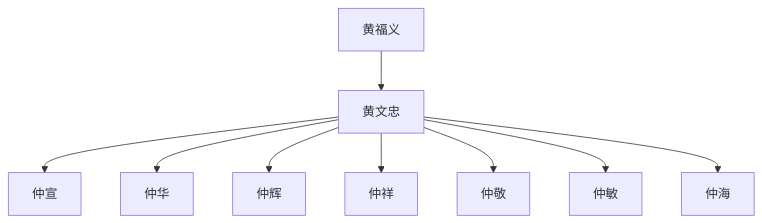
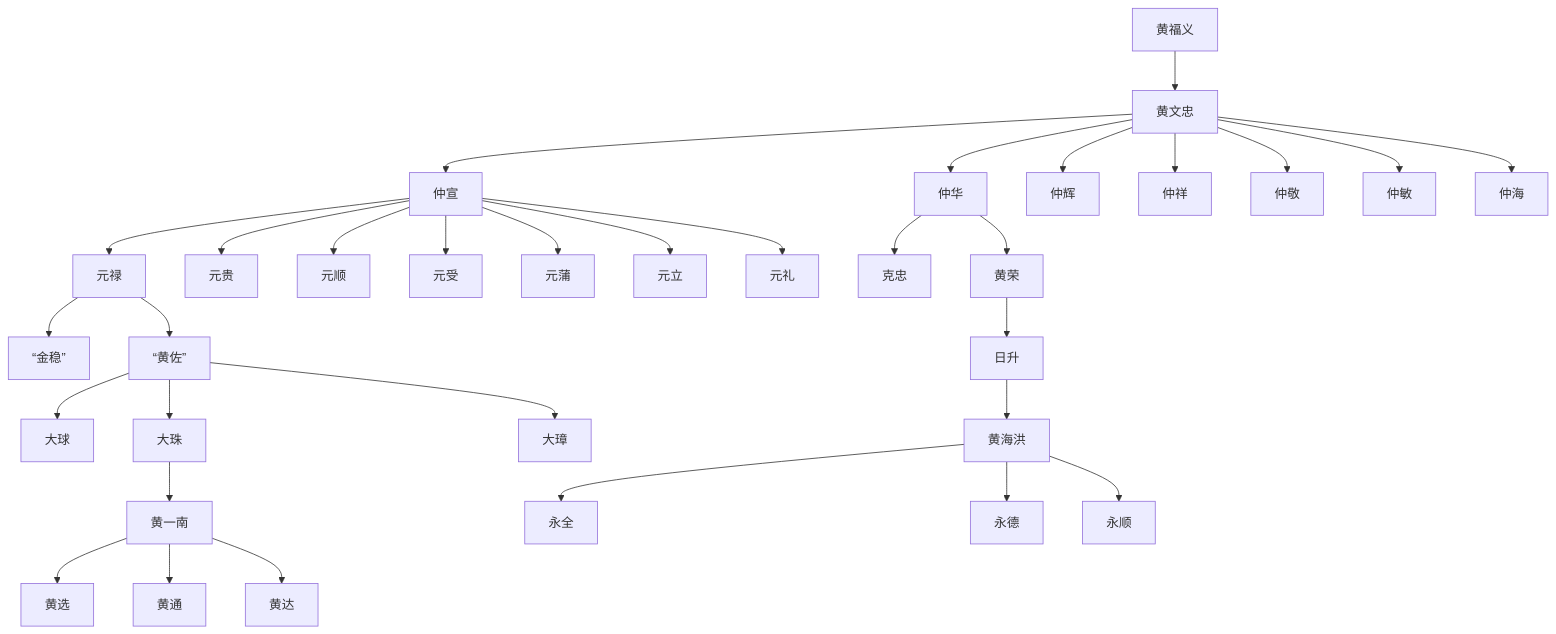
Before and after one commit to jeanim/jiapu: the diagram in contents/chapter2.md, drawn with Mermaid.

```diff
--- a/contents/chapter2.md
+++ b/contents/chapter2.md
@@ -5,11 +5,38 @@
 {% mermaid %}
 graph TB;
   huangfuyi["黄福义"]-->huangwenzhong["黄文忠"];
+  
   huangwenzhong["黄文忠"]-->zhongxuan["仲宣"];
+  zhongxuan["仲宣"]-->yuanlu["元禄"];
+  yuanlu["元禄"]-->jingwen[“金稳”];
+  yuanlu["元禄"]-->huangzuo[“黄佐”];
+  huangzuo[“黄佐”]-->daqiu["大球"];
+  huangzuo[“黄佐”]-->dazhu["大珠"];
+  dazhu["大珠"]-->huangyinan["黄一南"];
+  huangyinan["黄一南"]-->huangxuan["黄选"];
+  huangyinan["黄一南"]-->huangtong["黄通"];
+  huangyinan["黄一南"]-->huangda["黄达"];
+  huangzuo[“黄佐”]-->dazhang["大璋"];
+  
   huangwenzhong["黄文忠"]-->zhonghua["仲华"];
+  zhonghua["仲华"]-->kezhong["克忠"];
+  zhonghua["仲华"]-->huangrong["黄荣"];
+  huangrong["黄荣"]-->risheng["日升"];
+  risheng["日升"]-->huanghaihong["黄海洪"];
+  huanghaihong["黄海洪"]-->yongquan["永全"];
+  huanghaihong["黄海洪"]-->yongde["永德"];
+  huanghaihong["黄海洪"]-->yongshun["永顺"];
+  
   huangwenzhong["黄文忠"]-->zhonghui["仲辉"];
   huangwenzhong["黄文忠"]-->zhongxiang["仲祥"];
   huangwenzhong["黄文忠"]-->zhongjing["仲敬"];
   huangwenzhong["黄文忠"]-->zhongmin["仲敏"];
   huangwenzhong["黄文忠"]-->zhonghai["仲海"];
+
+  zhongxuan["仲宣"]-->yuangui["元贵"];
+  zhongxuan["仲宣"]-->yuanshun["元顺"];
+  zhongxuan["仲宣"]-->yuanshou["元受"];
+  zhongxuan["仲宣"]-->yuanpu["元蒲"];
+  zhongxuan["仲宣"]-->yuanli["元立"];
+  zhongxuan["仲宣"]-->yuanli2["元礼"];
 {% endmermaid %}
```
